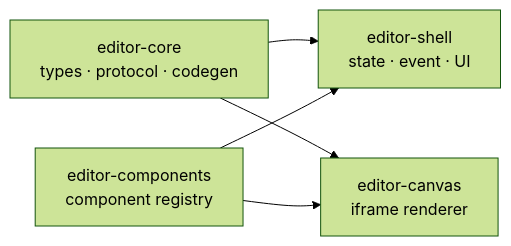
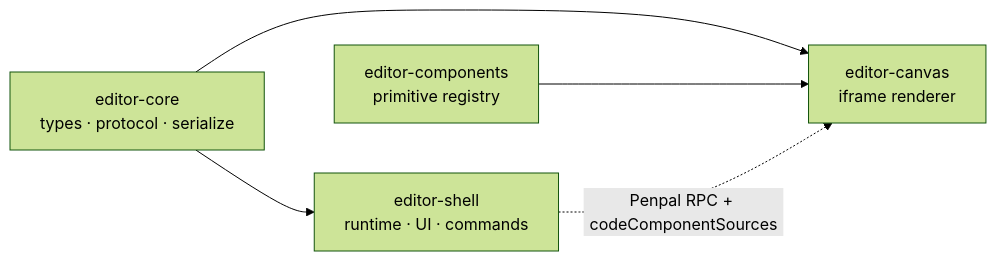
Before and after one commit to whdgur5717/react-design-editor: the third of 3 diagrams in README.md, drawn with Mermaid (forest theme). The commit also changed other lines of this file and 5 other files, not shown here.

Commit message:
📝 docs(architecture): refresh shell runtime guidance

````diff
--- a/README.md
+++ b/README.md
@@ -82,10 +98,12 @@
 ```mermaid
 graph LR
-    Core["editor-core<br/>types · protocol · codegen"]
-    Components["editor-components<br/>component registry"]
+    Core["editor-core<br/>types · protocol · serialize"]
+    Shell["editor-shell<br/>runtime · UI · commands"]
+    Canvas["editor-canvas<br/>iframe renderer"]
+    Components["editor-components<br/>primitive registry"]
 
-    Core --> Shell["editor-shell<br/>state · event · UI"]
-    Core --> Canvas["editor-canvas<br/>iframe renderer"]
-    Components --> Shell
+    Core --> Shell
+    Core --> Canvas
     Components --> Canvas
+    Shell -. "Penpal RPC + codeComponentSources" .-> Canvas
 ```
````
